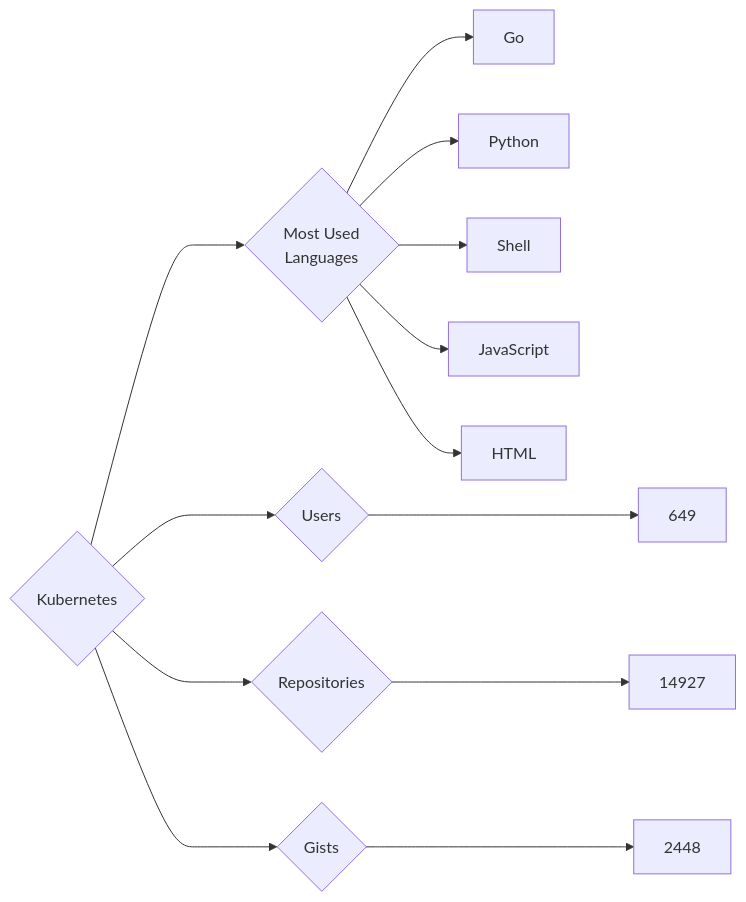
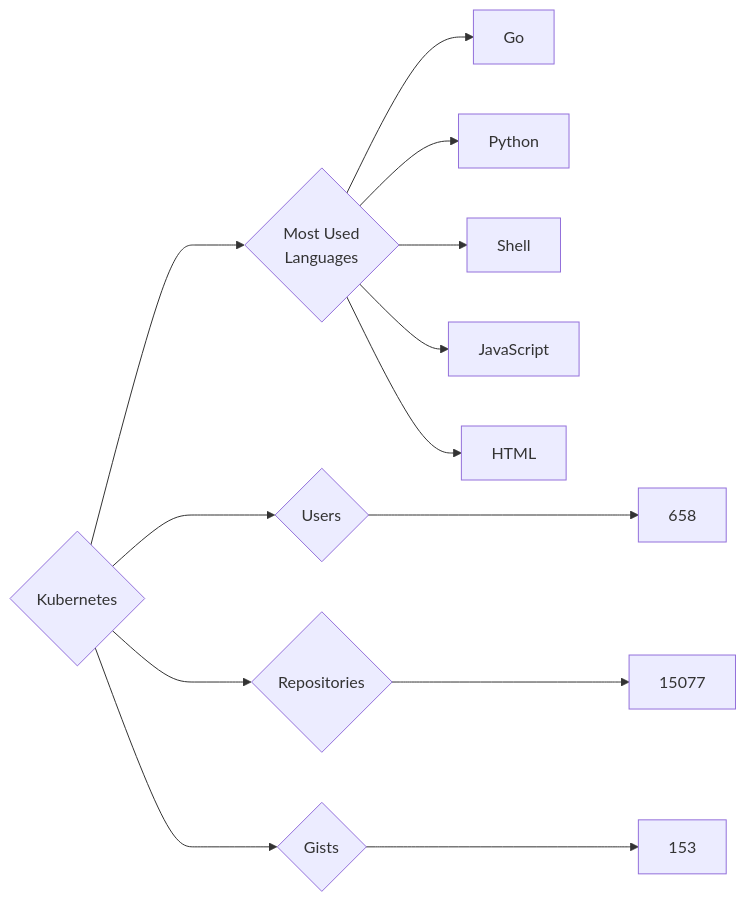
The diagram in targets/Kubernetes/README.md (trickest/insiders), drawn with Mermaid before and after one commit. The commit also changed 870 other files, not shown here.

````diff
--- a/targets/Kubernetes/README.md
+++ b/targets/Kubernetes/README.md
@@ -3,13 +3,13 @@
 ```mermaid
 graph LR
 COMPANY_NAME{Kubernetes}
-COMPANY_NAME ---> U{Users} ---> UN[649]
-COMPANY_NAME ---> R{Repositories} ---> RN[14927]
-COMPANY_NAME ---> G{Gists} ---> GN[2448]
+COMPANY_NAME ---> U{Users} ---> UN[658]
+COMPANY_NAME ---> R{Repositories} ---> RN[15077]
+COMPANY_NAME ---> G{Gists} ---> GN[153]
 COMPANY_NAME ---> ML{Most Used<br>Languages}
 ML --> Go[Go]
 ML --> Python[Python]
 ML --> Shell[Shell]
 ML --> JavaScript[JavaScript]
 ML --> HTML[HTML]
 ```
````
